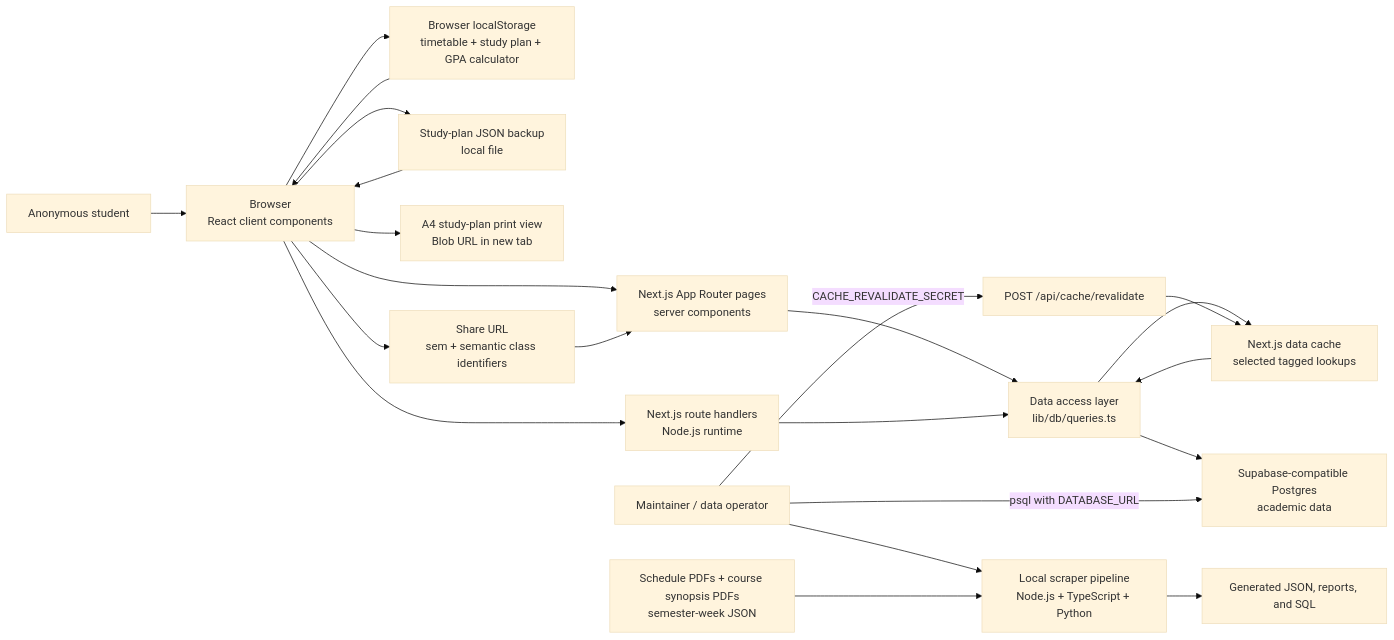
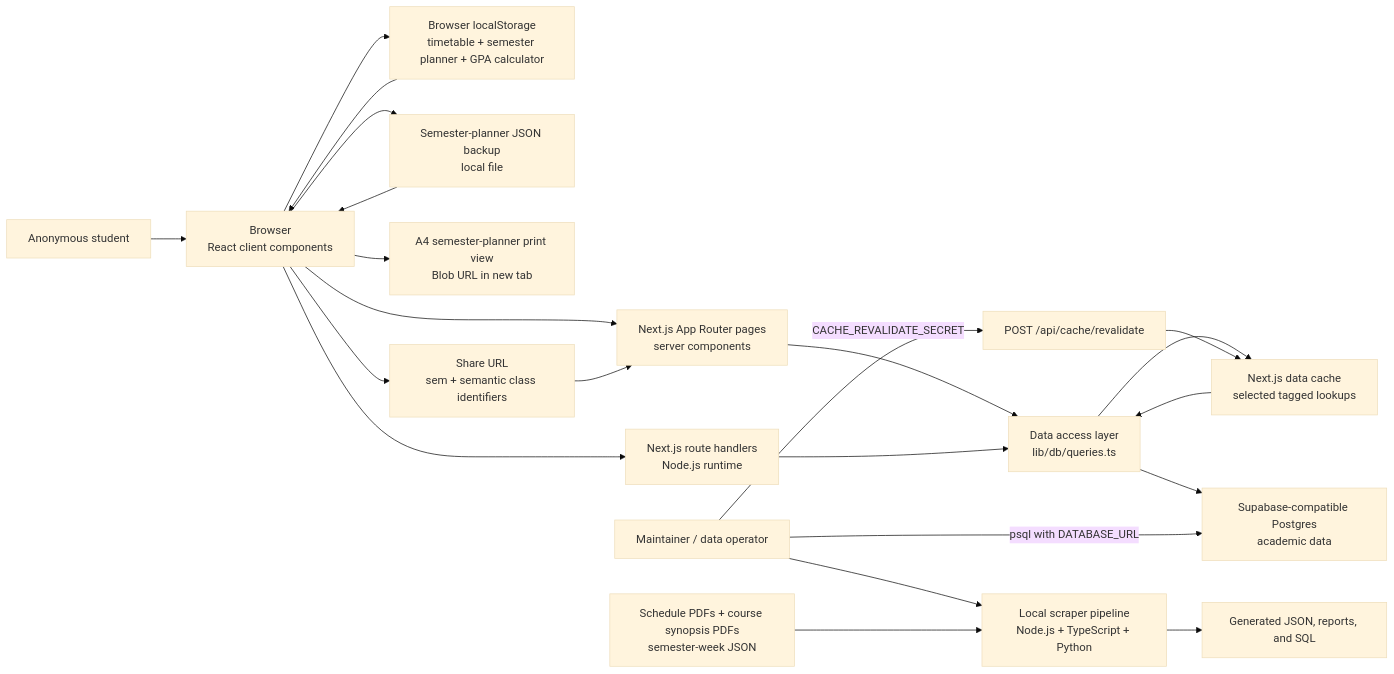
Before and after one commit to lester-td/SUSSplanner: the first of 14 diagrams in docs/DeveloperGuide.md, drawn with Mermaid (base theme). The commit also changed other lines of this file and 3 other files, not shown here.

````diff
--- a/docs/DeveloperGuide.md
+++ b/docs/DeveloperGuide.md
@@ -44,42 +44,42 @@
 ```mermaid
 flowchart LR
     User["Anonymous student"]
     Maintainer["Maintainer / data operator"]
     Browser["Browser<br/>React client components"]
-    LocalStorage["Browser localStorage<br/>timetable + study plan + GPA calculator"]
-    StudyPlanBackup["Study-plan JSON backup<br/>local file"]
-    StudyPlanPrint["A4 study-plan print view<br/>Blob URL in new tab"]
+    LocalStorage["Browser localStorage<br/>timetable + semester planner + GPA calculator"]
+    SemesterPlannerBackup["Semester-planner JSON backup<br/>local file"]
+    SemesterPlannerPrint["A4 semester-planner print view<br/>Blob URL in new tab"]
     ShareURL["Share URL<br/>sem + semantic class identifiers"]
     NextPages["Next.js App Router pages<br/>server components"]
     API["Next.js route handlers<br/>Node.js runtime"]
     DAL["Data access layer<br/>lib/db/queries.ts"]
     Cache["Next.js data cache<br/>selected tagged lookups"]
     DB["Supabase-compatible Postgres<br/>academic data"]
     Sources["Schedule PDFs + course synopsis PDFs<br/>semester-week JSON"]
     Scraper["Local scraper pipeline<br/>Node.js + TypeScript + Python"]
     SQL["Generated JSON, reports, and SQL"]
     Revalidate["POST /api/cache/revalidate"]
 
     User --> Browser
     Browser --> LocalStorage
     LocalStorage --> Browser
-    Browser --> StudyPlanBackup
-    StudyPlanBackup --> Browser
-    Browser --> StudyPlanPrint
+    Browser --> SemesterPlannerBackup
+    SemesterPlannerBackup --> Browser
+    Browser --> SemesterPlannerPrint
     Browser --> NextPages
     Browser --> ShareURL
     ShareURL --> NextPages
     Browser --> API
     NextPages --> DAL
     API --> DAL
     DAL --> Cache
     Cache --> DAL
     DAL --> DB
 
     Maintainer --> Scraper
     Sources --> Scraper
     Scraper --> SQL
     Maintainer -->|"psql with DATABASE_URL"| DB
     Maintainer -->|"CACHE_REVALIDATE_SECRET"| Revalidate
     Revalidate --> Cache
 ```
````
